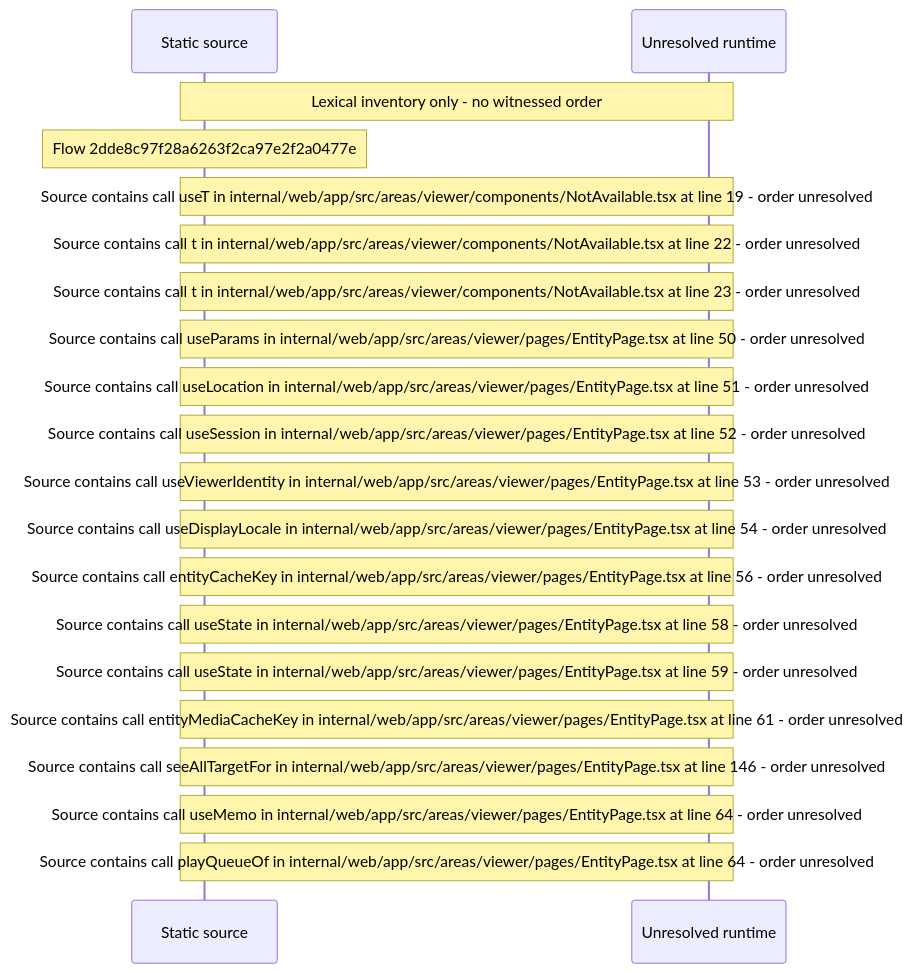
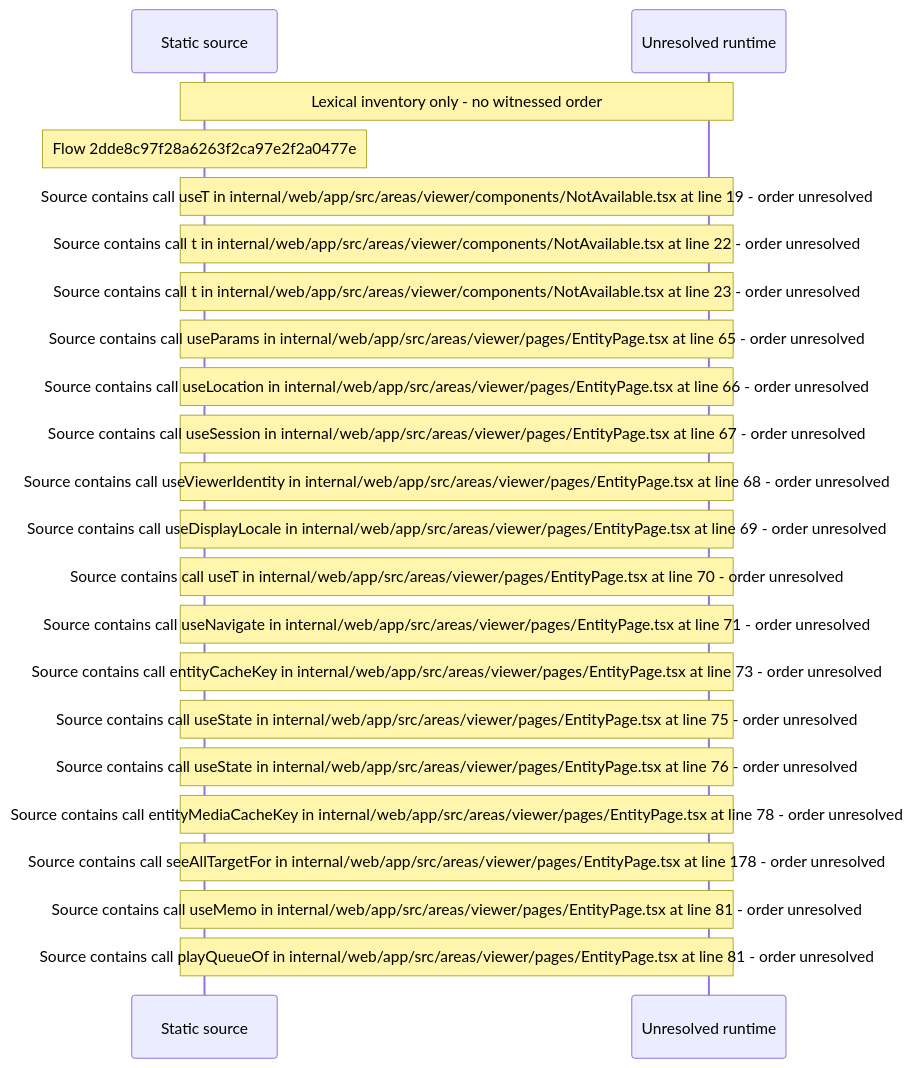
Before and after one commit to beamfall/core: the diagram in docs/web/flows/generated/2dde8c97f28a6263f2ca97e2f2a0477e/flow-diagram.md, drawn with Mermaid. The commit also changed other lines of this file and 714 other files, not shown here.

Commit message:
Regenerate the web flow record on the batch 5 head (CORE-1762)

````diff
--- a/docs/web/flows/generated/2dde8c97f28a6263f2ca97e2f2a0477e/flow-diagram.md
+++ b/docs/web/flows/generated/2dde8c97f28a6263f2ca97e2f2a0477e/flow-diagram.md
@@ -10,22 +10,24 @@
 ```mermaid
 sequenceDiagram
     participant S as Static source
     participant U as Unresolved runtime
     Note over S,U: Lexical inventory only - no witnessed order
     Note over S: Flow 2dde8c97f28a6263f2ca97e2f2a0477e
     Note over S,U: Source contains call useT in internal/web/app/src/areas/viewer/components/NotAvailable.tsx at line 19 - order unresolved
     Note over S,U: Source contains call t in internal/web/app/src/areas/viewer/components/NotAvailable.tsx at line 22 - order unresolved
     Note over S,U: Source contains call t in internal/web/app/src/areas/viewer/components/NotAvailable.tsx at line 23 - order unresolved
-    Note over S,U: Source contains call useParams in internal/web/app/src/areas/viewer/pages/EntityPage.tsx at line 50 - order unresolved
-    Note over S,U: Source contains call useLocation in internal/web/app/src/areas/viewer/pages/EntityPage.tsx at line 51 - order unresolved
-    Note over S,U: Source contains call useSession in internal/web/app/src/areas/viewer/pages/EntityPage.tsx at line 52 - order unresolved
-    Note over S,U: Source contains call useViewerIdentity in internal/web/app/src/areas/viewer/pages/EntityPage.tsx at line 53 - order unresolved
-    Note over S,U: Source contains call useDisplayLocale in internal/web/app/src/areas/viewer/pages/EntityPage.tsx at line 54 - order unresolved
-    Note over S,U: Source contains call entityCacheKey in internal/web/app/src/areas/viewer/pages/EntityPage.tsx at line 56 - order unresolved
-    Note over S,U: Source contains call useState in internal/web/app/src/areas/viewer/pages/EntityPage.tsx at line 58 - order unresolved
-    Note over S,U: Source contains call useState in internal/web/app/src/areas/viewer/pages/EntityPage.tsx at line 59 - order unresolved
-    Note over S,U: Source contains call entityMediaCacheKey in internal/web/app/src/areas/viewer/pages/EntityPage.tsx at line 61 - order unresolved
-    Note over S,U: Source contains call seeAllTargetFor in internal/web/app/src/areas/viewer/pages/EntityPage.tsx at line 146 - order unresolved
-    Note over S,U: Source contains call useMemo in internal/web/app/src/areas/viewer/pages/EntityPage.tsx at line 64 - order unresolved
-    Note over S,U: Source contains call playQueueOf in internal/web/app/src/areas/viewer/pages/EntityPage.tsx at line 64 - order unresolved
+    Note over S,U: Source contains call useParams in internal/web/app/src/areas/viewer/pages/EntityPage.tsx at line 65 - order unresolved
+    Note over S,U: Source contains call useLocation in internal/web/app/src/areas/viewer/pages/EntityPage.tsx at line 66 - order unresolved
+    Note over S,U: Source contains call useSession in internal/web/app/src/areas/viewer/pages/EntityPage.tsx at line 67 - order unresolved
+    Note over S,U: Source contains call useViewerIdentity in internal/web/app/src/areas/viewer/pages/EntityPage.tsx at line 68 - order unresolved
+    Note over S,U: Source contains call useDisplayLocale in internal/web/app/src/areas/viewer/pages/EntityPage.tsx at line 69 - order unresolved
+    Note over S,U: Source contains call useT in internal/web/app/src/areas/viewer/pages/EntityPage.tsx at line 70 - order unresolved
+    Note over S,U: Source contains call useNavigate in internal/web/app/src/areas/viewer/pages/EntityPage.tsx at line 71 - order unresolved
+    Note over S,U: Source contains call entityCacheKey in internal/web/app/src/areas/viewer/pages/EntityPage.tsx at line 73 - order unresolved
+    Note over S,U: Source contains call useState in internal/web/app/src/areas/viewer/pages/EntityPage.tsx at line 75 - order unresolved
+    Note over S,U: Source contains call useState in internal/web/app/src/areas/viewer/pages/EntityPage.tsx at line 76 - order unresolved
+    Note over S,U: Source contains call entityMediaCacheKey in internal/web/app/src/areas/viewer/pages/EntityPage.tsx at line 78 - order unresolved
+    Note over S,U: Source contains call seeAllTargetFor in internal/web/app/src/areas/viewer/pages/EntityPage.tsx at line 178 - order unresolved
+    Note over S,U: Source contains call useMemo in internal/web/app/src/areas/viewer/pages/EntityPage.tsx at line 81 - order unresolved
+    Note over S,U: Source contains call playQueueOf in internal/web/app/src/areas/viewer/pages/EntityPage.tsx at line 81 - order unresolved
 ```
````
